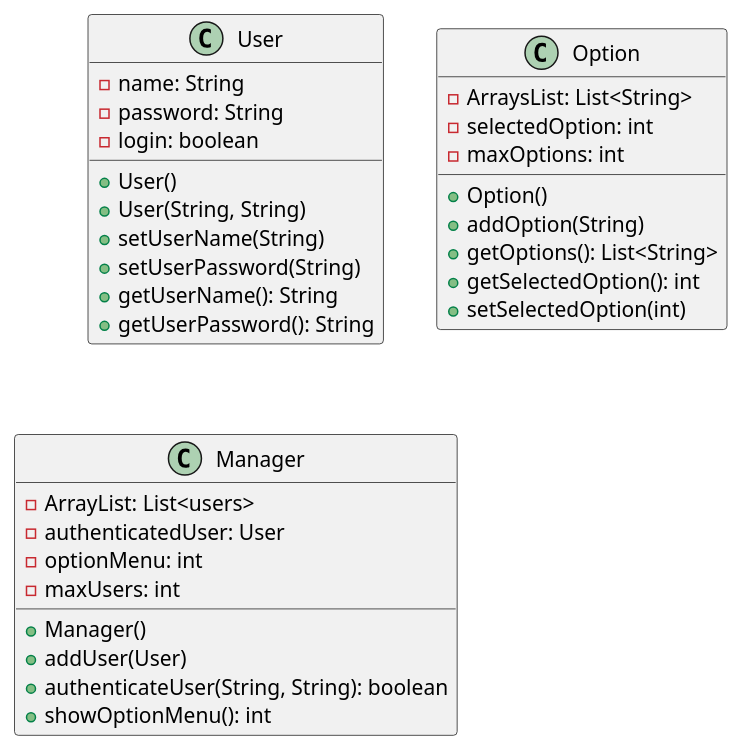
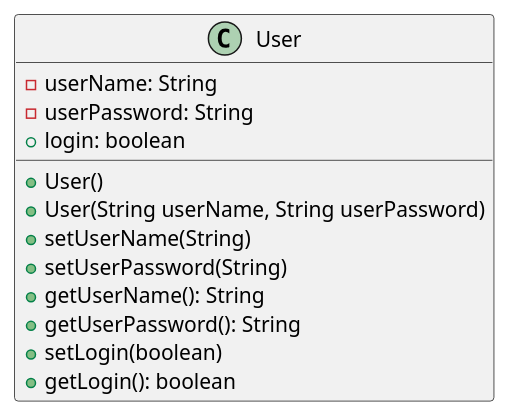
Before and after one commit to mmasias/progra2-22-23: the diagram in ejercicios/entregas/alvaroLostal/EX002UserManagement/docs/EX002UserManagement.puml, drawn with PlantUML. The commit also changed 7 other files, not shown here.

```diff
--- a/ejercicios/entregas/alvaroLostal/EX002UserManagement/docs/EX002UserManagement.puml
+++ b/ejercicios/entregas/alvaroLostal/EX002UserManagement/docs/EX002UserManagement.puml
@@ -1,35 +1,15 @@
 @startuml
 class User {
-    -name: String
-    -password: String
-    -login: boolean
+    -userName: String
+    -userPassword: String
+    +login: boolean
     +User()
-    +User(String, String)
+    +User(String userName, String userPassword)
     +setUserName(String)
     +setUserPassword(String)
     +getUserName(): String
     +getUserPassword(): String
-}
-
-class Option {
-    -ArraysList: List<String>
-    -selectedOption: int
-    -maxOptions: int
-    +Option()
-    +addOption(String)
-    +getOptions(): List<String>
-    +getSelectedOption(): int
-    +setSelectedOption(int)
-}
-
-class Manager {
-    -ArrayList: List<users>
-    -authenticatedUser: User
-    -optionMenu: int
-    -maxUsers: int
-    +Manager()
-    +addUser(User)
-    +authenticateUser(String, String): boolean
-    +showOptionMenu(): int
+    +setLogin(boolean)
+    +getLogin(): boolean
 }
 @enduml
```
